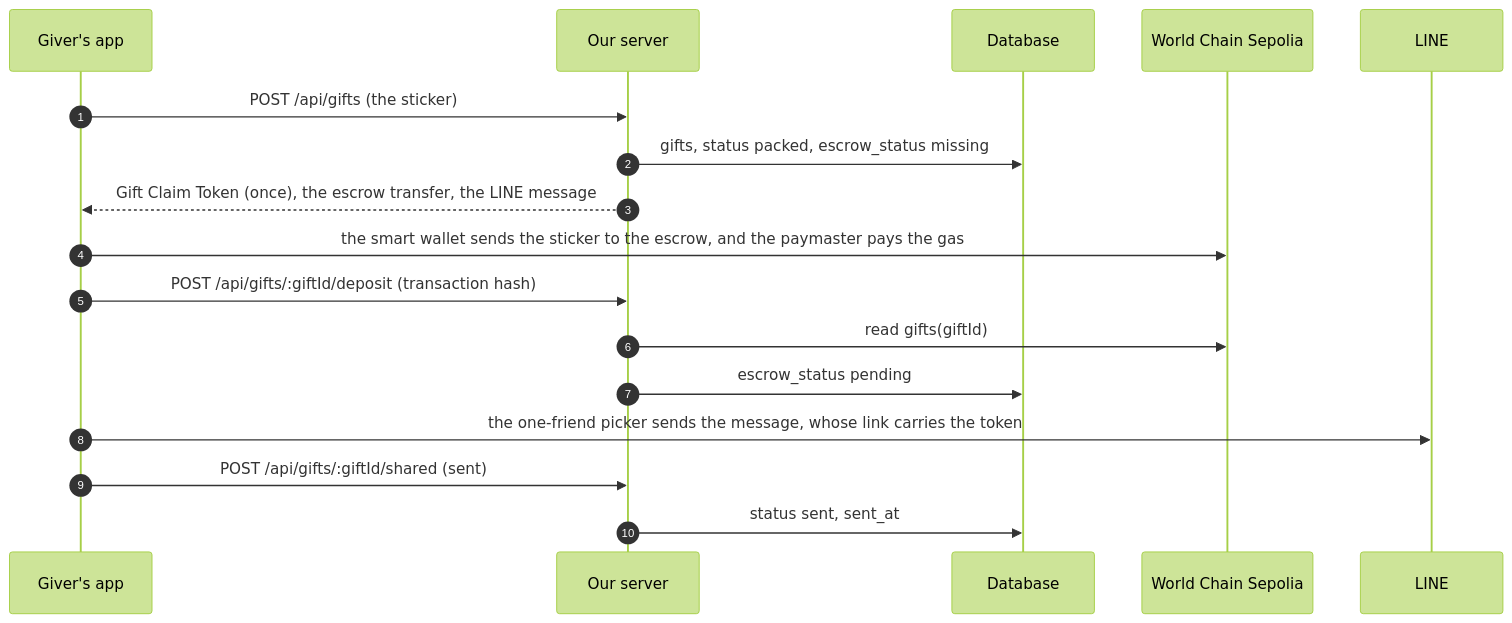
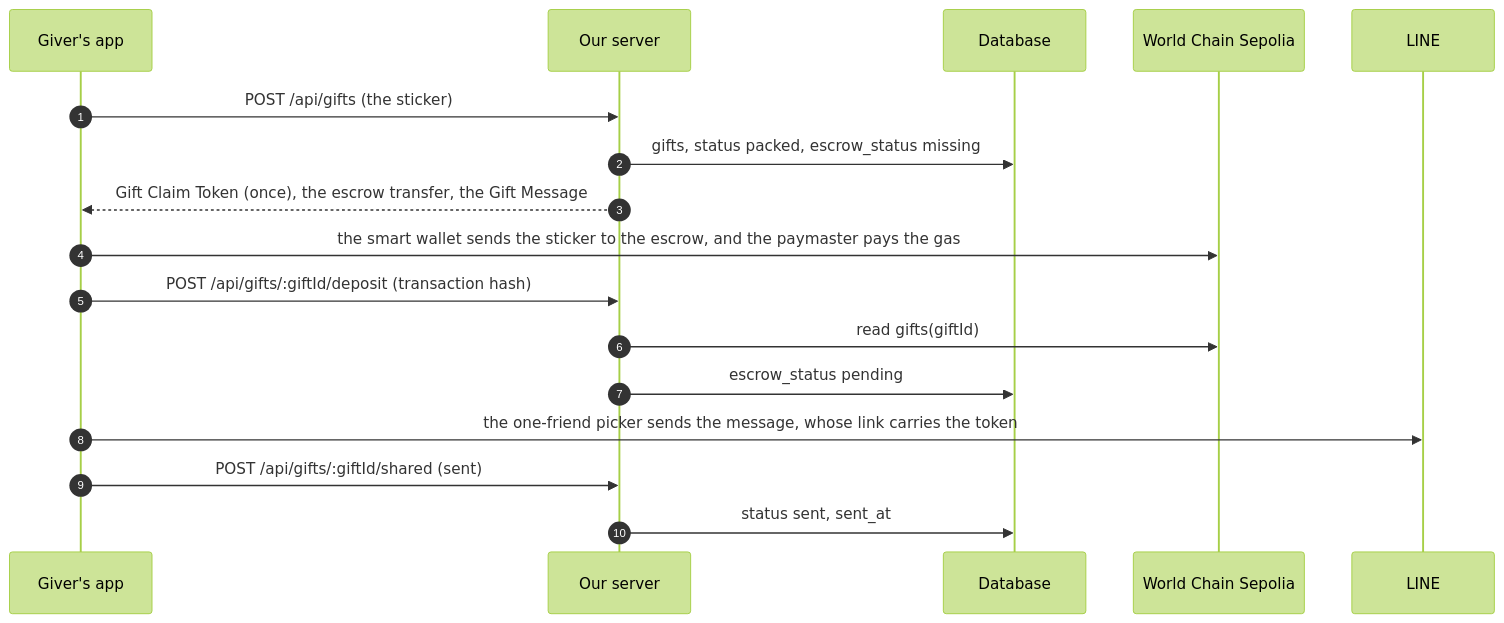
The second of 5 diagrams in docs/superpowers/specs/2026-09-25-database-schema.md (ethglobal-tokyo-2026/drawing-app), drawn with Mermaid (forest theme) before and after one commit. The commit also changed other lines of this file and 2 other files, not shown here.

First line of the commit message:
refactor(db): match the draft schema to main's vocabulary and gratitude design

````diff
--- a/docs/superpowers/specs/2026-09-25-database-schema.md
+++ b/docs/superpowers/specs/2026-09-25-database-schema.md
@@ -119,19 +119,19 @@
 ```mermaid
 sequenceDiagram
   autonumber
   participant Giver as Giver's app
   participant API as Our server
   participant DB as Database
   participant Chain as World Chain Sepolia
   participant LINE
   Giver->>API: POST /api/gifts (the sticker)
   API->>DB: gifts, status packed, escrow_status missing
-  API-->>Giver: Gift Claim Token (once), the escrow transfer, the LINE message
+  API-->>Giver: Gift Claim Token (once), the escrow transfer, the Gift Message
   Giver->>Chain: the smart wallet sends the sticker to the escrow, and the paymaster pays the gas
   Giver->>API: POST /api/gifts/:giftId/deposit (transaction hash)
   API->>Chain: read gifts(giftId)
   API->>DB: escrow_status pending
   Giver->>LINE: the one-friend picker sends the message, whose link carries the token
   Giver->>API: POST /api/gifts/:giftId/shared (sent)
   API->>DB: status sent, sent_at
 ```
````
